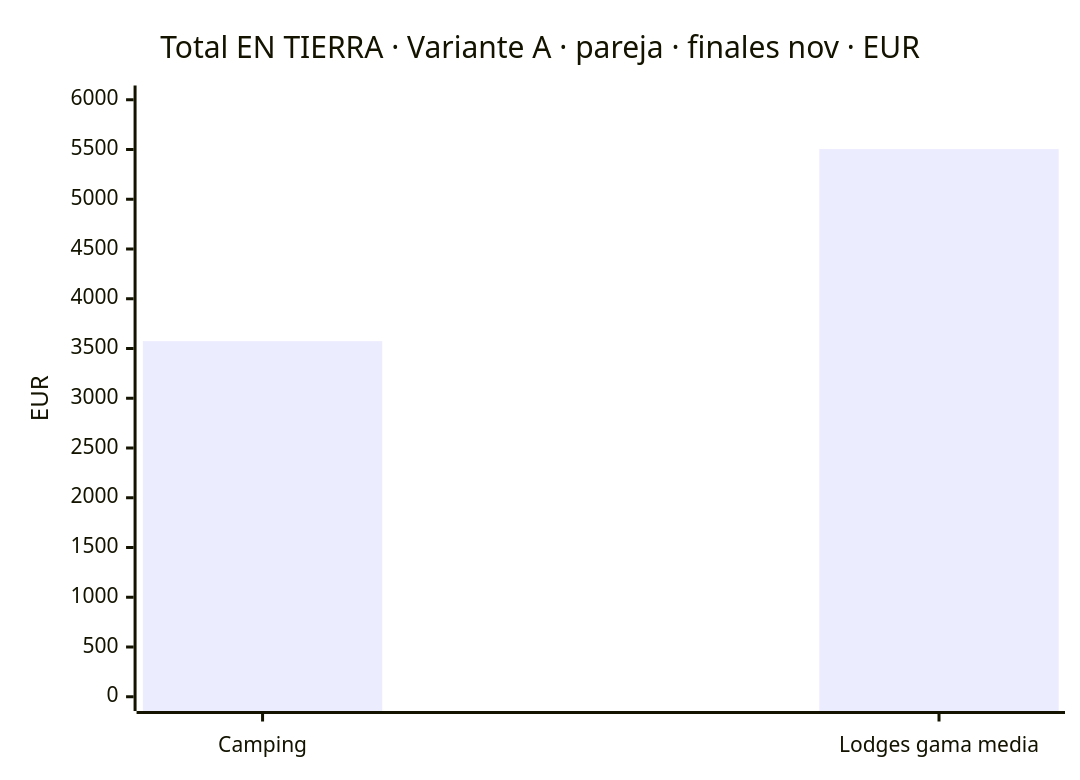
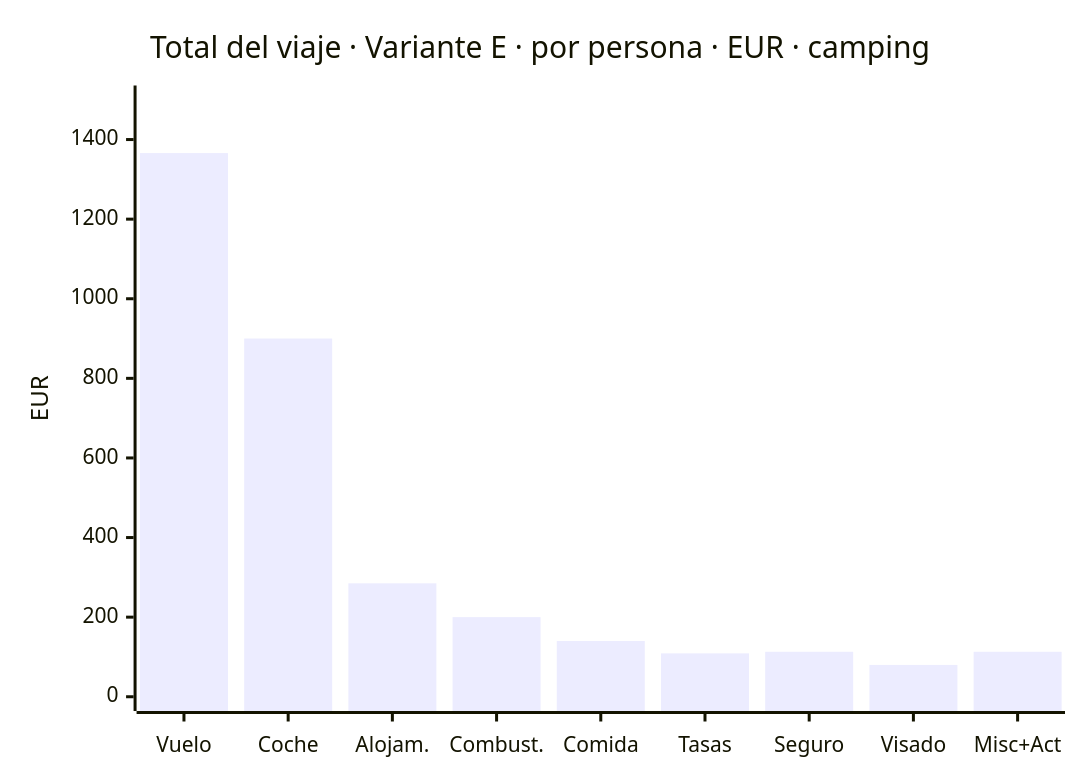
The third of 4 diagrams in 10-presupuesto.md (morandeirachema/namibia), drawn with Mermaid before and after one commit. The commit also changed other lines of this file and 2 other files, not shown here.

First line of the commit message:
Rehacer el presupuesto sobre la ruta y las reservas reales (Variante E, coche Budget)

````diff
--- a/10-presupuesto.md
+++ b/10-presupuesto.md
@@ -221,7 +221,7 @@
 ```mermaid
 xychart-beta
-    title "Total EN TIERRA · Variante A · pareja · finales nov · EUR"
-    x-axis ["Camping", "Lodges gama media"]
-    y-axis "EUR" 0 --> 6000
-    bar [3574, 5504]
+    title "Total del viaje · Variante E · por persona · EUR · camping"
+    x-axis ["Vuelo", "Coche", "Alojam.", "Combust.", "Comida", "Tasas", "Seguro", "Visado", "Misc+Act"]
+    y-axis "EUR" 0 --> 1500
+    bar [1366, 900, 285, 200, 140, 109, 113, 80, 113]
 ```
````
